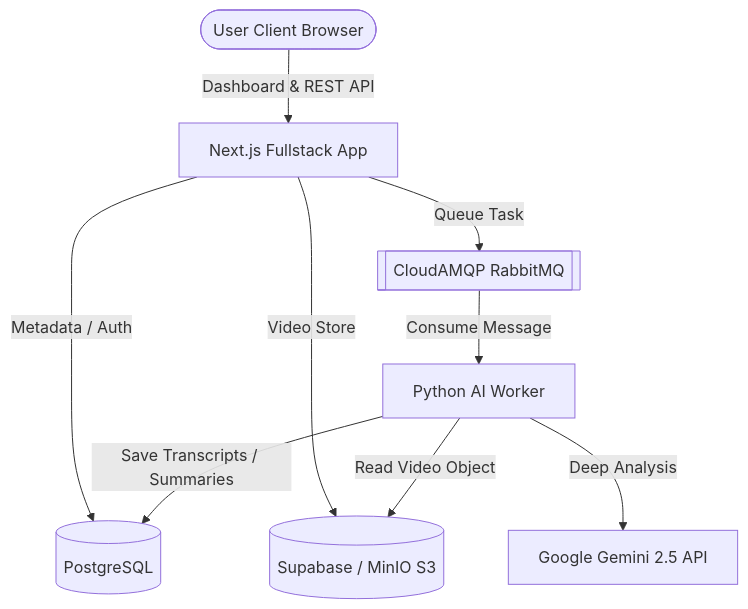
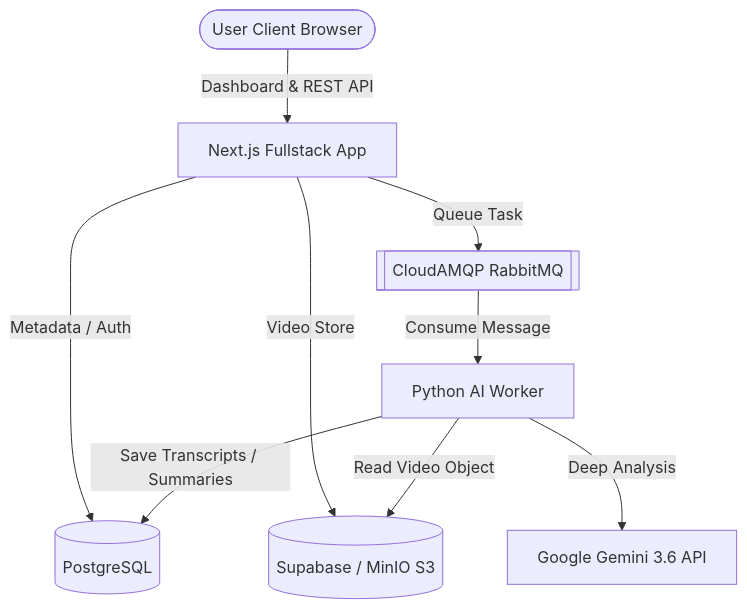
Before and after one commit to AbhirupBhowmick/VisiCore-AI: the diagram in README.md, drawn with Mermaid. The commit also changed other lines of this file and 14 other files, not shown here.

````diff
--- a/README.md
+++ b/README.md
@@ -30,11 +30,11 @@
 ```mermaid
 graph TD
     User([User Client Browser]) -->|Dashboard & REST API| Fullstack[Next.js Fullstack App]
     Fullstack -->|Metadata / Auth| DB[(PostgreSQL)]
     Fullstack -->|Video Store| Storage[(Supabase / MinIO S3)]
     Fullstack -->|Queue Task| MQ[[CloudAMQP RabbitMQ]]
     MQ -->|Consume Message| Worker[Python AI Worker]
     Worker -->|Read Video Object| Storage
-    Worker -->|Deep Analysis| Gemini[Google Gemini 2.5 API]
+    Worker -->|Deep Analysis| Gemini[Google Gemini 3.6 API]
     Worker -->|Save Transcripts / Summaries| DB
 ```
````
